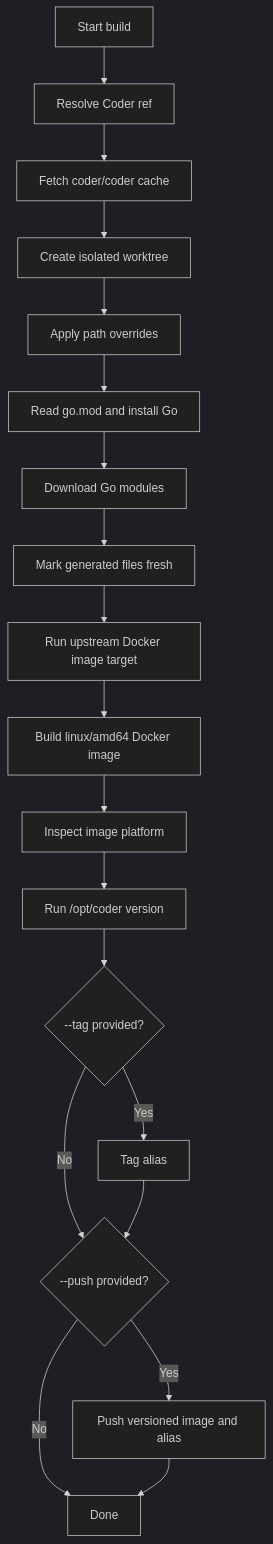
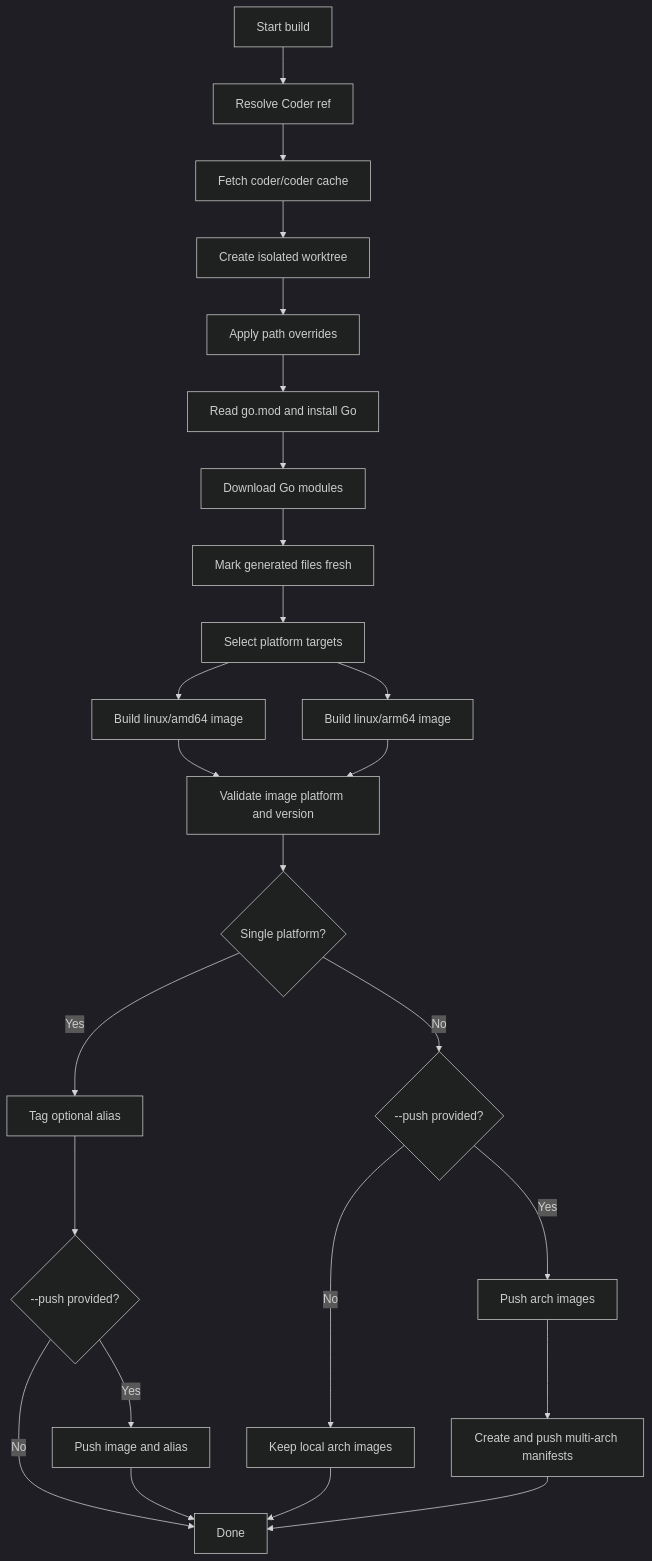
Before and after one commit to thomas-illiet/coder-builder: the diagram in docs/workflow.md, drawn with Mermaid (dark theme). The commit also changed other lines of this file and 14 other files, not shown here.

````diff
--- a/docs/workflow.md
+++ b/docs/workflow.md
@@ -3,21 +3,27 @@
 ```mermaid
 flowchart TD
     A["Start build"] --> B["Resolve Coder ref"]
-    B --> C["Fetch  coder/coder cache"]
+    B --> C["Fetch coder/coder cache"]
     C --> D["Create isolated worktree"]
     D --> E["Apply path overrides"]
     E --> F["Read go.mod and install Go"]
     F --> G["Download Go modules"]
     G --> H["Mark generated files fresh"]
-    H --> I["Run upstream Docker image target"]
-    I --> J["Build linux/amd64 Docker image"]
-    J --> K["Inspect image platform"]
-    K --> L["Run /opt/coder version"]
-    L --> M{"--tag provided?"}
-    M -->|Yes| N["Tag alias"]
+    H --> I["Select platform targets"]
+    I --> J["Build linux/amd64 image"]
+    I --> K["Build linux/arm64 image"]
+    J --> L["Validate image platform and version"]
+    K --> L
+    L --> M{"Single platform?"}
+    M -->|Yes| N["Tag optional alias"]
     M -->|No| O{"--push provided?"}
-    N --> O
-    O -->|Yes| P["Push versioned image and alias"]
-    O -->|No| Q["Done"]
-    P --> Q
+    N --> P{"--push provided?"}
+    P -->|Yes| Q["Push image and alias"]
+    P -->|No| R["Done"]
+    O -->|Yes| S["Push arch images"]
+    O -->|No| T["Keep local arch images"]
+    S --> U["Create and push multi-arch manifests"]
+    Q --> R
+    T --> R
+    U --> R
 ```
````
